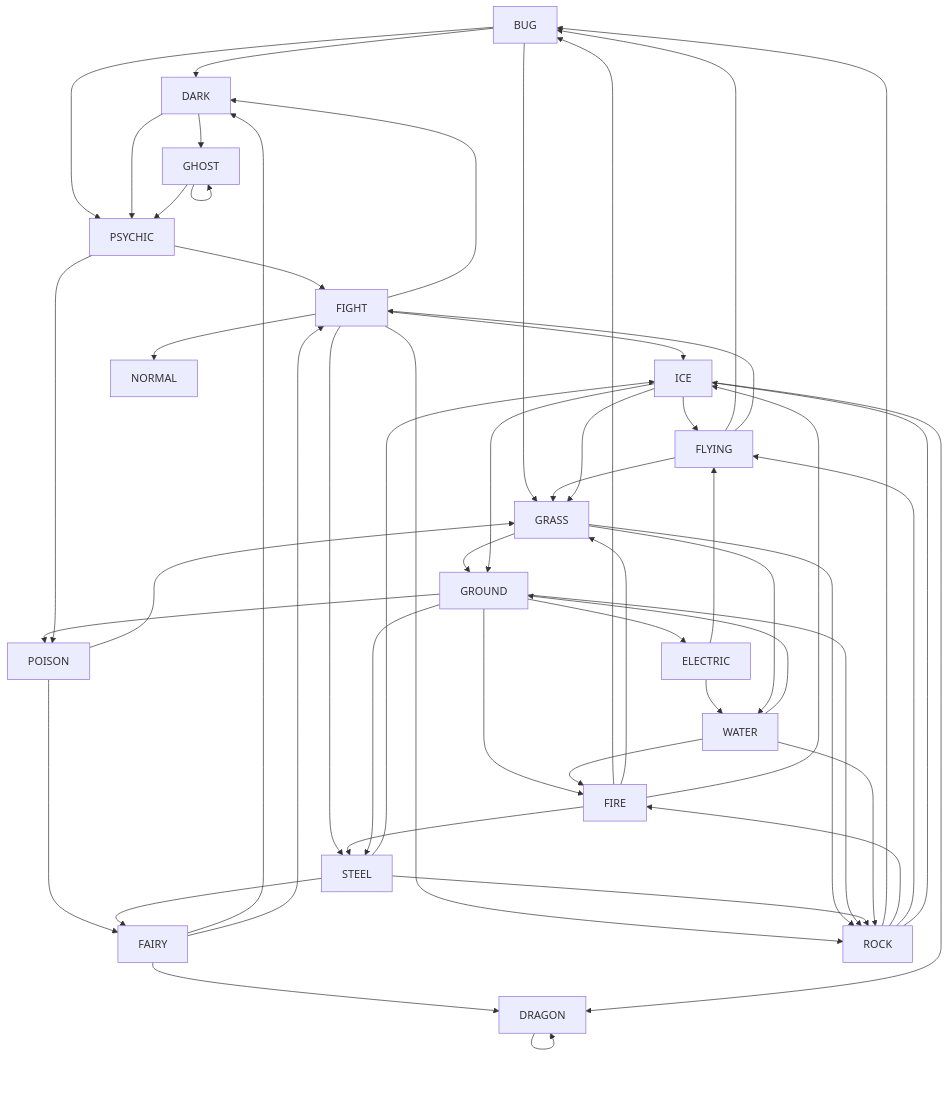
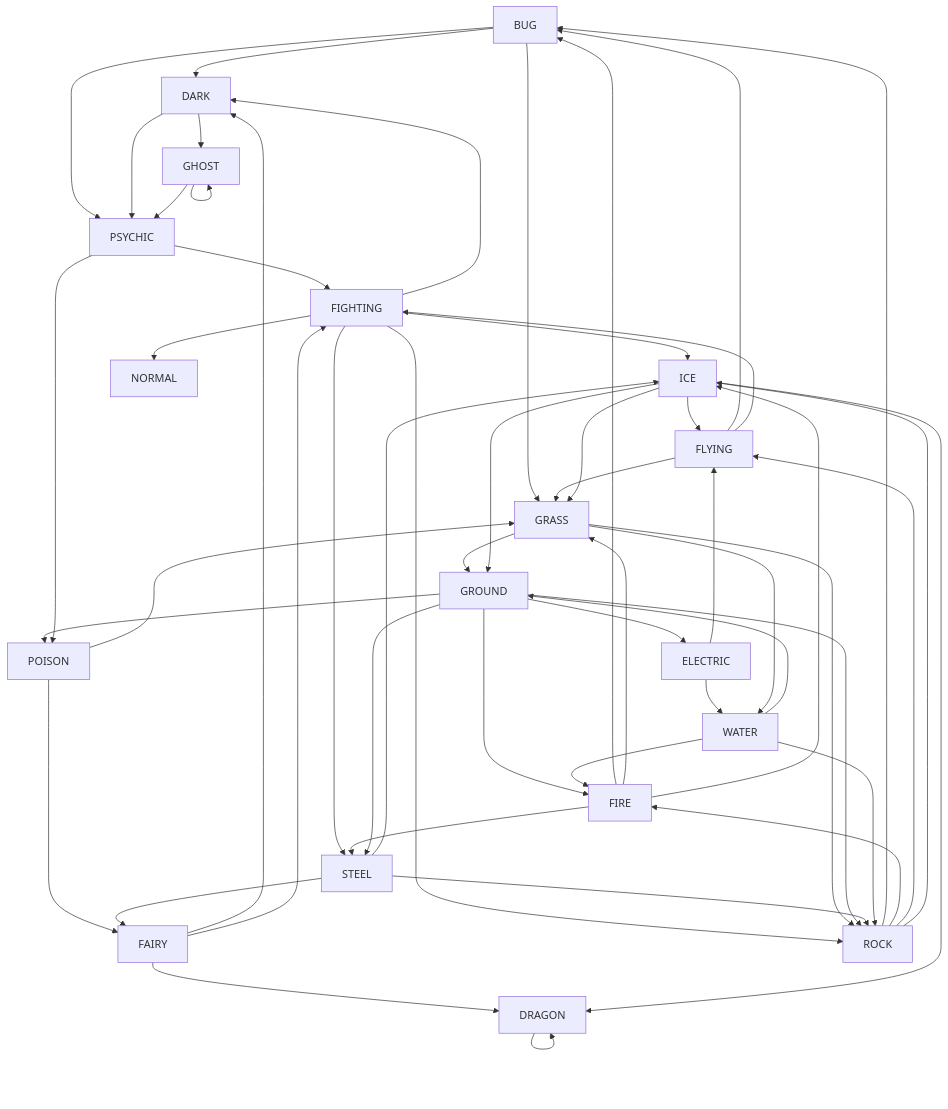
One commit to cliffano/typhlosion changed the diagram in pokemon-type-chart/all-types.md. Above: the diagram before and after it, drawn with Mermaid. The commit also changed 1 other file, not shown here.

Commit message:
Fix Fighting Pokemon type name.

````diff
--- a/pokemon-type-chart/all-types.md
+++ b/pokemon-type-chart/all-types.md
@@ -3,54 +3,54 @@
 ```mermaid
   graph TD;
       BUG-->DARK;
       BUG-->GRASS;
       BUG-->PSYCHIC;
       DARK-->GHOST;
       DARK-->PSYCHIC;
       DRAGON-->DRAGON;
       ELECTRIC-->FLYING;
       ELECTRIC-->WATER;
       FAIRY-->DARK;
       FAIRY-->DRAGON;
-      FAIRY-->FIGHT;
-      FIGHT-->DARK;
-      FIGHT-->ICE;
-      FIGHT-->NORMAL;
-      FIGHT-->ROCK;
-      FIGHT-->STEEL;
+      FAIRY-->FIGHTING;
+      FIGHTING-->DARK;
+      FIGHTING-->ICE;
+      FIGHTING-->NORMAL;
+      FIGHTING-->ROCK;
+      FIGHTING-->STEEL;
       FIRE-->BUG;
       FIRE-->GRASS;
       FIRE-->ICE;
       FIRE-->STEEL;
       FLYING-->BUG;
-      FLYING-->FIGHT;
+      FLYING-->FIGHTING;
       FLYING-->GRASS;
       GHOST-->GHOST;
       GHOST-->PSYCHIC;
       GRASS-->GROUND;
       GRASS-->ROCK;
       GRASS-->WATER;
       GROUND-->ELECTRIC;
       GROUND-->FIRE;
       GROUND-->POISON;
       GROUND-->ROCK;
       GROUND-->STEEL;
       ICE-->DRAGON;
       ICE-->FLYING;
       ICE-->GRASS;
       ICE-->GROUND;
       POISON-->FAIRY;
       POISON-->GRASS;
-      PSYCHIC-->FIGHT;
+      PSYCHIC-->FIGHTING;
       PSYCHIC-->POISON;
       ROCK-->BUG;
       ROCK-->FIRE;
       ROCK-->FLYING;
       ROCK-->ICE;
       STEEL-->FAIRY;
       STEEL-->ICE;
       STEEL-->ROCK;
       WATER-->FIRE;
       WATER-->GROUND;
       WATER-->ROCK;
 ```
````
